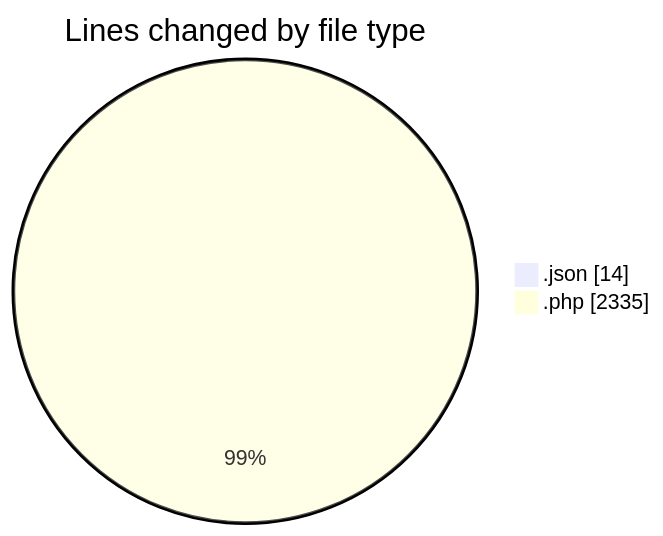
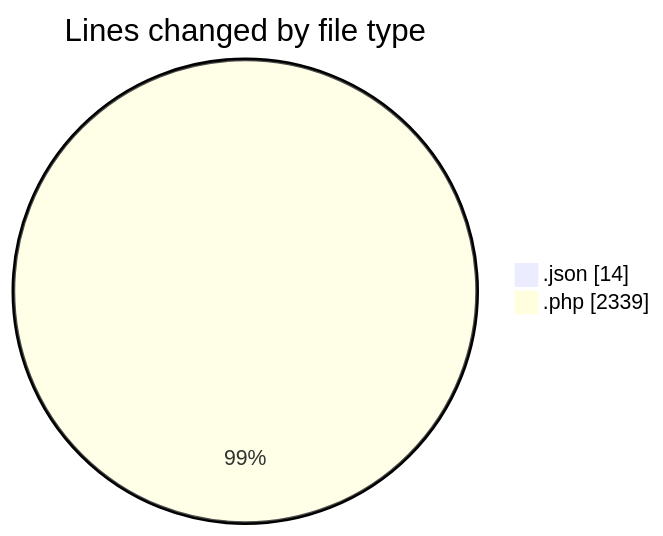
The first of 2 diagrams in 2026-07-31/untitled__workspace_/README.md (debugP/code-tracking), drawn with Mermaid before and after one commit. The commit also changed other lines of this file and 1 other file, not shown here.

````diff
--- a/2026-07-31/untitled__workspace_/README.md
+++ b/2026-07-31/untitled__workspace_/README.md
@@ -22,6 +22,6 @@
 ```mermaid
 pie showData
 title Lines changed by file type
 ".json" : 14
-".php" : 2335
+".php" : 2339
 ```
````
